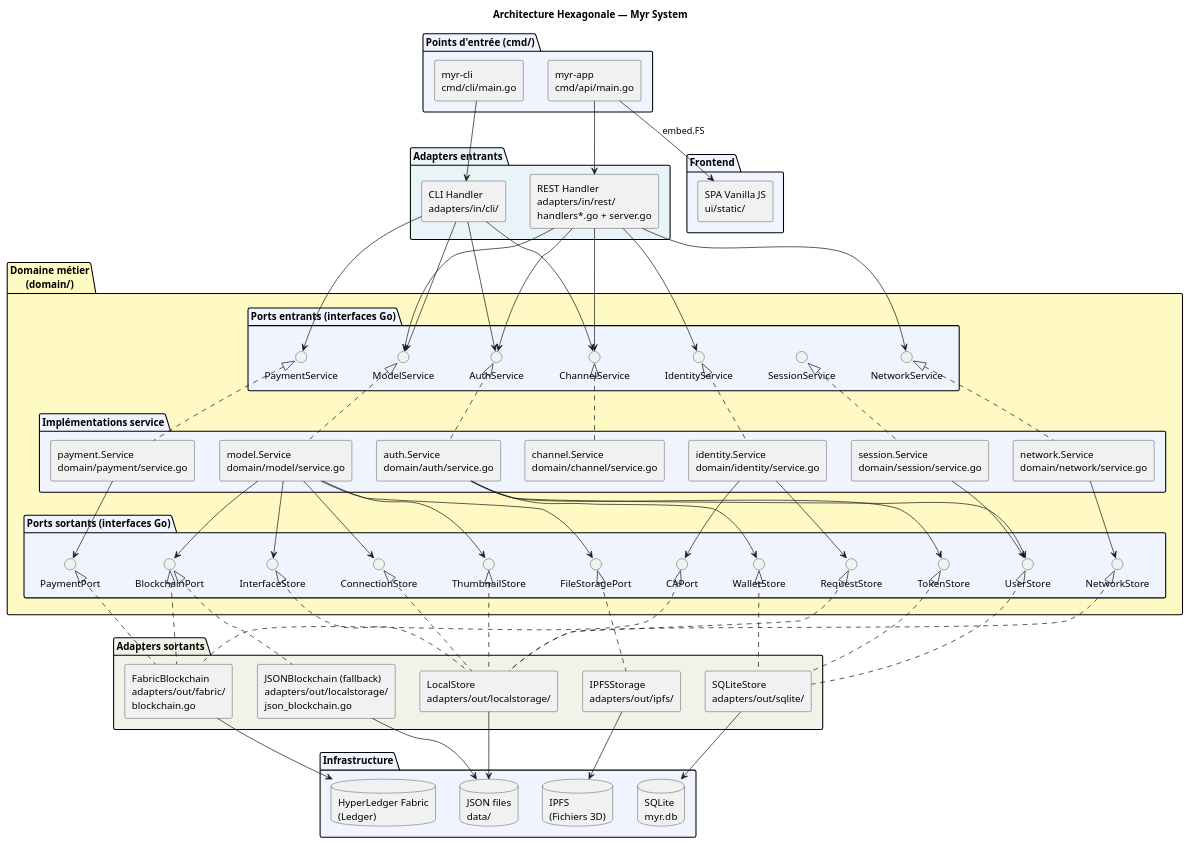
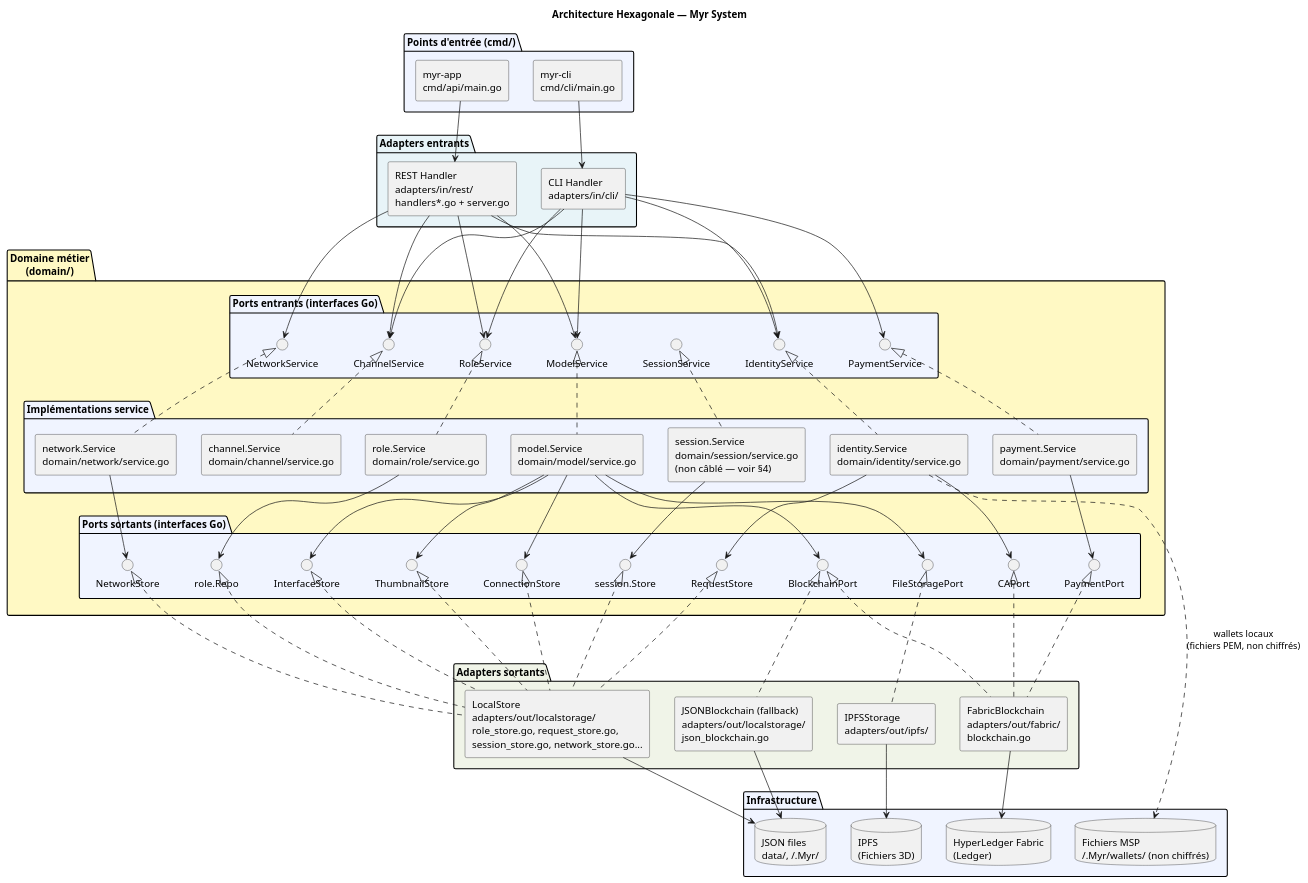
One commit to olivaux/myr changed the first of 2 diagrams in specs/3-Conception/Architecture_Hexagonale.md. Above: the diagram before and after it, drawn with PlantUML. The commit also changed other lines of this file and 17 other files, not shown here.

````diff
--- a/specs/3-Conception/Architecture_Hexagonale.md
+++ b/specs/3-Conception/Architecture_Hexagonale.md
@@ -88,8 +88,8 @@
 
   package "Ports entrants (interfaces Go)" {
     interface "ModelService" as IModel
-    interface "AuthService" as IAuth
     interface "IdentityService" as IIdentity
+    interface "RoleService" as IRole
     interface "NetworkService" as INetwork
     interface "ChannelService" as IChannel
     interface "PaymentService" as IPayment
@@ -98,12 +98,12 @@
 
   package "Implémentations service" {
     [model.Service\ndomain/model/service.go] as SvcModel
-    [auth.Service\ndomain/auth/service.go] as SvcAuth
     [identity.Service\ndomain/identity/service.go] as SvcIdentity
+    [role.Service\ndomain/role/service.go] as SvcRole
     [network.Service\ndomain/network/service.go] as SvcNetwork
     [channel.Service\ndomain/channel/service.go] as SvcChannel
     [payment.Service\ndomain/payment/service.go] as SvcPayment
-    [session.Service\ndomain/session/service.go] as SvcSession
+    [session.Service\ndomain/session/service.go\n(non câblé — voir §4)] as SvcSession
   }
 
   package "Ports sortants (interfaces Go)" {
@@ -112,13 +112,12 @@
     interface "ConnectionStore" as PConn
     interface "InterfaceStore" as PIface
     interface "ThumbnailStore" as PThumb
-    interface "UserStore" as PUser
-    interface "TokenStore" as PToken
-    interface "WalletStore" as PWallet
-    interface "NetworkStore" as PNet
     interface "CAPort" as PCA
     interface "RequestStore" as PReq
+    interface "role.Repo" as PRole
+    interface "NetworkStore" as PNet
     interface "PaymentPort" as PPay
+    interface "session.Store" as PSess
   }
 }
 
@@ -127,41 +126,35 @@
   [FabricBlockchain\nadapters/out/fabric/\nblockchain.go] as AdFabric
   [JSONBlockchain (fallback)\nadapters/out/localstorage/\njson_blockchain.go] as AdJSON
   [IPFSStorage\nadapters/out/ipfs/] as AdIPFS
-  [SQLiteStore\nadapters/out/sqlite/] as AdSQLite
-  [LocalStore\nadapters/out/localstorage/] as AdLocal
+  [LocalStore\nadapters/out/localstorage/\nrole_store.go, request_store.go,\nsession_store.go, network_store.go...] as AdLocal
 }
 
 ' ── Infrastructure ───────────────────────────────────
 package "Infrastructure" {
   database "HyperLedger Fabric\n(Ledger)" as HLF
   database "IPFS\n(Fichiers 3D)" as IPFSdb
-  database "SQLite\nmyr.db" as SQLiteDB
-  database "JSON files\ndata/" as JSONdb
-}
-
-' ── SPA ──────────────────────────────────────────────
-package "Frontend" {
-  [SPA Vanilla JS\nui/static/] as SPA
+  database "JSON files\ndata/, ~/.Myr/" as JSONdb
+  database "Fichiers MSP\n~/.Myr/wallets/ (non chiffrés)" as MSPFiles
 }
 
 ' ── Connexions ───────────────────────────────────────
 App --> REST
-App --> SPA : embed.FS
 CLI --> CLIHandler
 
 REST --> IModel
-REST --> IAuth
 REST --> IIdentity
+REST --> IRole
 REST --> INetwork
 REST --> IChannel
 CLIHandler --> IModel
-CLIHandler --> IAuth
+CLIHandler --> IIdentity
+CLIHandler --> IRole
 CLIHandler --> IChannel
 CLIHandler --> IPayment
 
 IModel <|.. SvcModel
-IAuth <|.. SvcAuth
 IIdentity <|.. SvcIdentity
+IRole <|.. SvcRole
 INetwork <|.. SvcNetwork
 IChannel <|.. SvcChannel
 IPayment <|.. SvcPayment
@@ -172,14 +165,12 @@
 SvcModel --> PConn
 SvcModel --> PIface
 SvcModel --> PThumb
-SvcAuth --> PUser
-SvcAuth --> PToken
-SvcAuth --> PWallet
 SvcIdentity --> PCA
 SvcIdentity --> PReq
+SvcRole --> PRole
 SvcNetwork --> PNet
 SvcPayment --> PPay
-SvcSession --> PUser
+SvcSession --> PSess
 
 PBC <|.. AdFabric
 PBC <|.. AdJSON
@@ -189,17 +180,16 @@
 PThumb <|.. AdLocal
 PNet <|.. AdLocal
 PReq <|.. AdLocal
-PUser <|.. AdSQLite
-PToken <|.. AdSQLite
-PWallet <|.. AdSQLite
+PRole <|.. AdLocal
+PSess <|.. AdLocal
 PCA <|.. AdFabric
 PPay <|.. AdFabric
 
 AdFabric --> HLF
 AdIPFS --> IPFSdb
-AdSQLite --> SQLiteDB
 AdJSON --> JSONdb
 AdLocal --> JSONdb
+SvcIdentity ..> MSPFiles : wallets locaux\n(fichiers PEM, non chiffrés)
 
 @enduml
 ```
````
